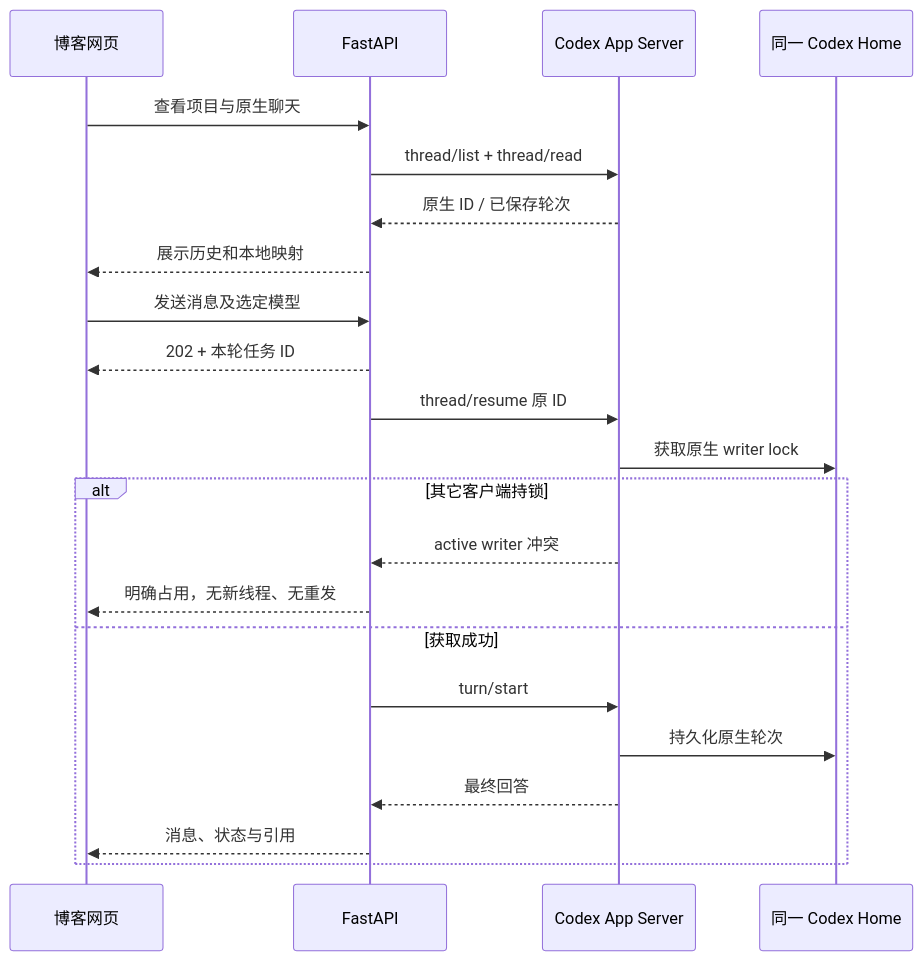
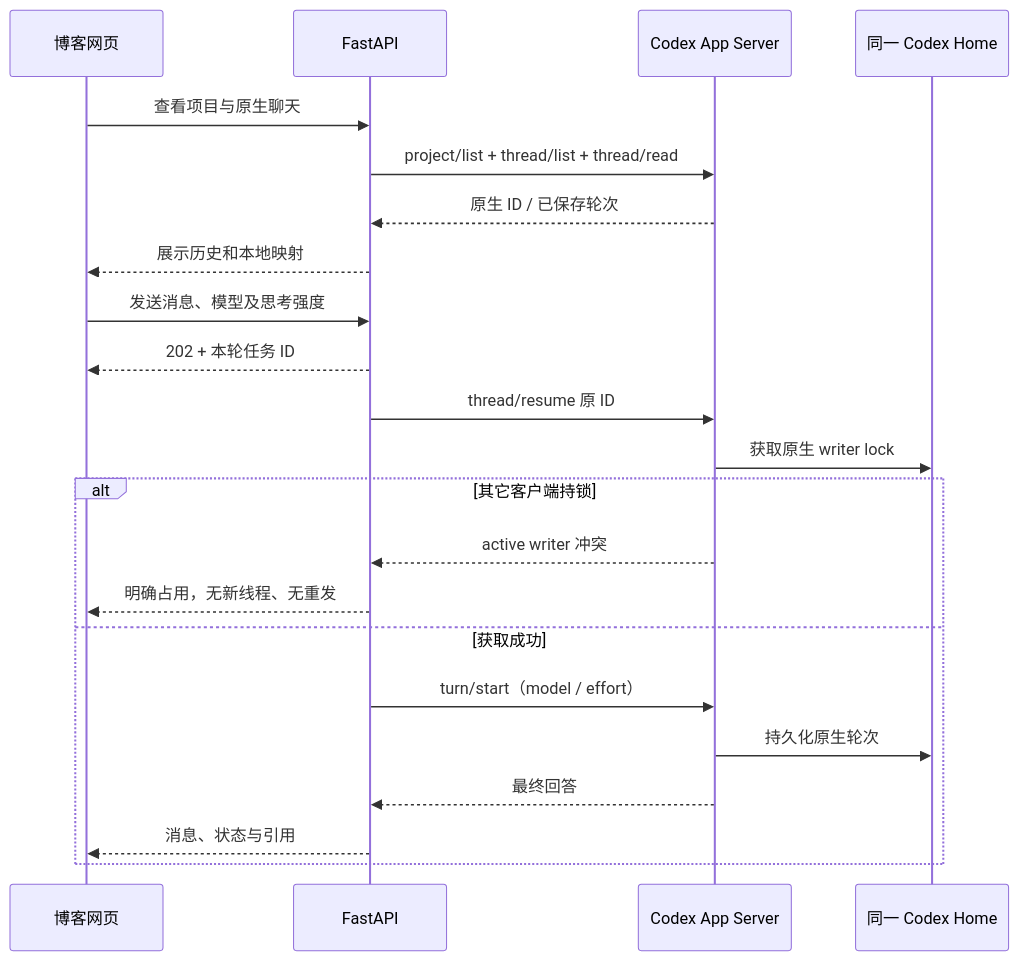
One commit to ShuWisensing/flare-stack-blog changed the fourth of 4 diagrams in doc/blog-and-ai-hub-architecture.md. Above: the diagram before and after it, drawn with Mermaid. The commit also changed other lines of this file and 7 other files, not shown here.

Commit message:
fix(hub): add Codex reasoning controls and document native history recovery

````diff
--- a/doc/blog-and-ai-hub-architecture.md
+++ b/doc/blog-and-ai-hub-architecture.md
@@ -220,24 +226,24 @@
 ```mermaid
 sequenceDiagram
     participant Web as 博客网页
     participant Hub as FastAPI
     participant Native as Codex App Server
     participant Store as 同一 Codex Home
     Web->>Hub: 查看项目与原生聊天
-    Hub->>Native: thread/list + thread/read
+    Hub->>Native: project/list + thread/list + thread/read
     Native-->>Hub: 原生 ID / 已保存轮次
     Hub-->>Web: 展示历史和本地映射
-    Web->>Hub: 发送消息及选定模型
+    Web->>Hub: 发送消息、模型及思考强度
     Hub-->>Web: 202 + 本轮任务 ID
     Hub->>Native: thread/resume 原 ID
     Native->>Store: 获取原生 writer lock
     alt 其它客户端持锁
       Native-->>Hub: active writer 冲突
       Hub-->>Web: 明确占用，无新线程、无重发
     else 获取成功
-      Hub->>Native: turn/start
+      Hub->>Native: turn/start（model / effort）
       Native->>Store: 持久化原生轮次
       Native-->>Hub: 最终回答
       Hub-->>Web: 消息、状态与引用
     end
 ```
````
